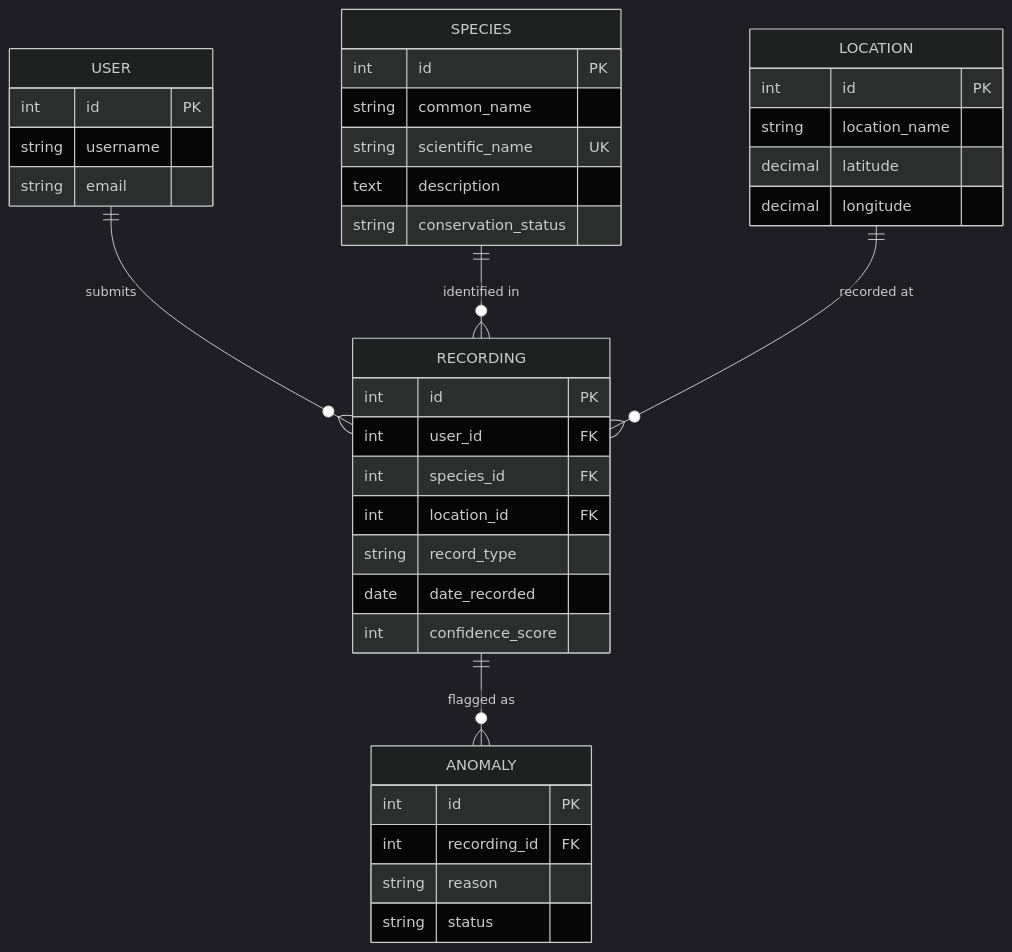
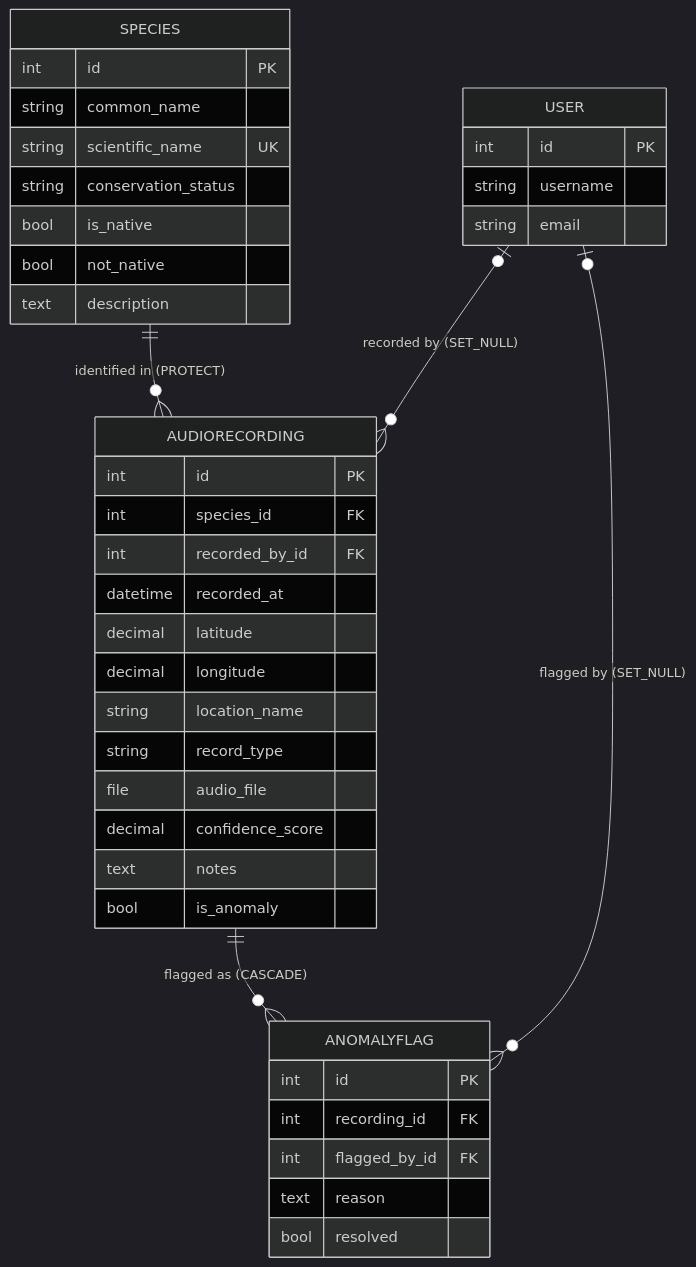
The diagram in ERD.md (mishkatuzzannatmoon/HIT237_group15), drawn with Mermaid (dark theme) before and after one commit. The commit also changed other lines of this file, not shown here.

Commit message:
ERD updated
Entity Relationship Diagram for our current model. Relationships and choice fields are included

`````diff
--- a/ERD.md
+++ b/ERD.md
@@ -1,41 +3,43 @@
-````mermaid
+```mermaid
 erDiagram
   USER {
     int id PK
     string username
     string email
   }
   SPECIES {
     int id PK
     string common_name
     string scientific_name UK
+    string conservation_status
+    bool is_native
+    bool not_native
     text description
-    string conservation_status
   }
-  LOCATION {
+  AUDIORECORDING {
     int id PK
-    string location_name
+    int species_id FK
+    int recorded_by_id FK
+    datetime recorded_at
     decimal latitude
     decimal longitude
+    string location_name
+    string record_type
+    file audio_file
+    decimal confidence_score
+    text notes
+    bool is_anomaly
   }
-  RECORDING {
-    int id PK
-    int user_id FK
-    int species_id FK
-    int location_id FK
-    string record_type
-    date date_recorded
-    int confidence_score
-  }
-  ANOMALY {
+  ANOMALYFLAG {
     int id PK
     int recording_id FK
-    string reason
-    string status
+    int flagged_by_id FK
+    text reason
+    bool resolved
   }
 
-  USER ||--o{ RECORDING : "submits"
-  SPECIES ||--o{ RECORDING : "identified in"
-  LOCATION ||--o{ RECORDING : "recorded at"
-  RECORDING ||--o{ ANOMALY : "flagged as"
-  ````
+  SPECIES ||--o{ AUDIORECORDING : "identified in (PROTECT)"
+  USER |o--o{ AUDIORECORDING : "recorded by (SET_NULL)"
+  AUDIORECORDING ||--o{ ANOMALYFLAG : "flagged as (CASCADE)"
+  USER |o--o{ ANOMALYFLAG : "flagged by (SET_NULL)"
+```
`````
